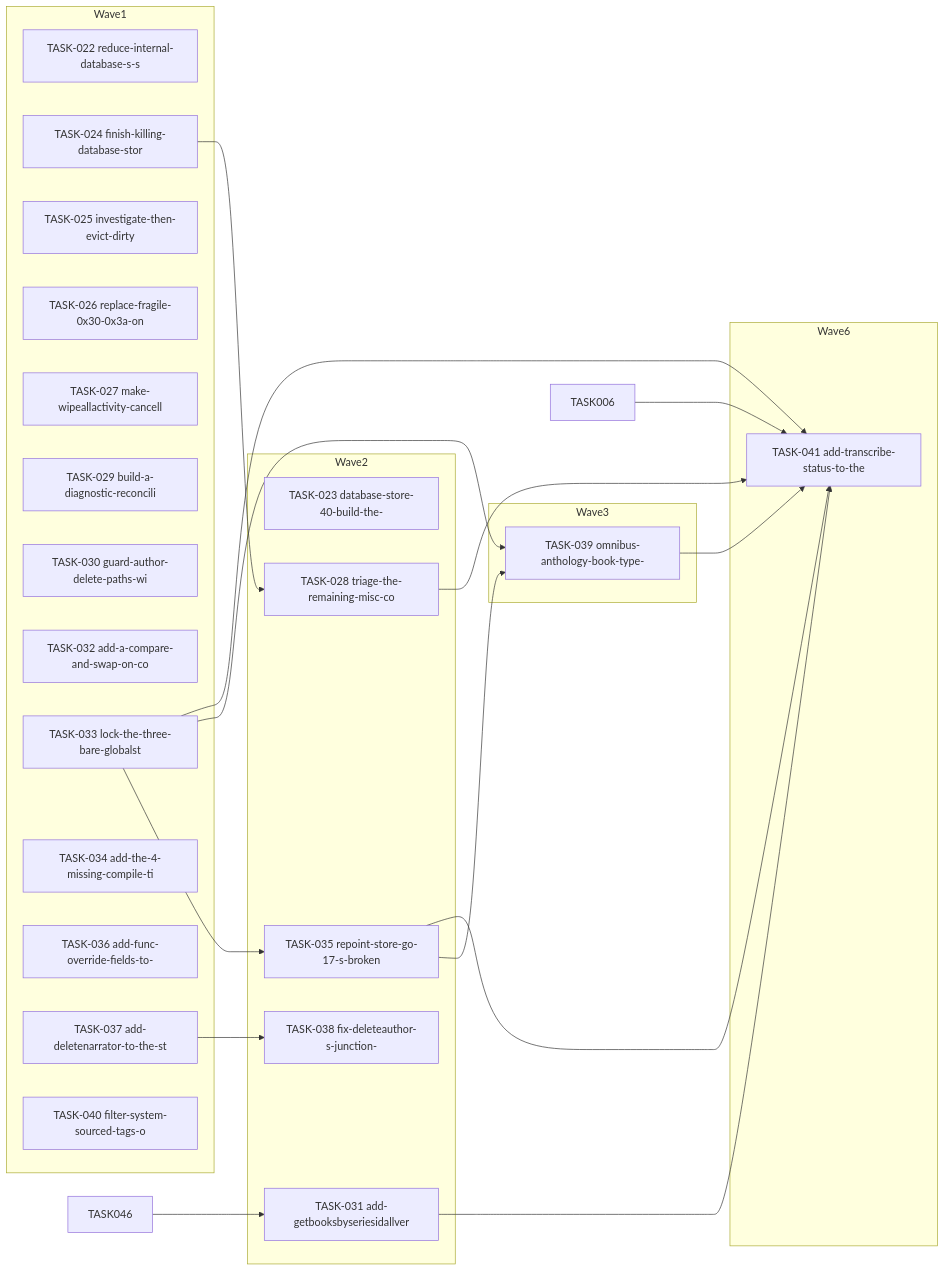
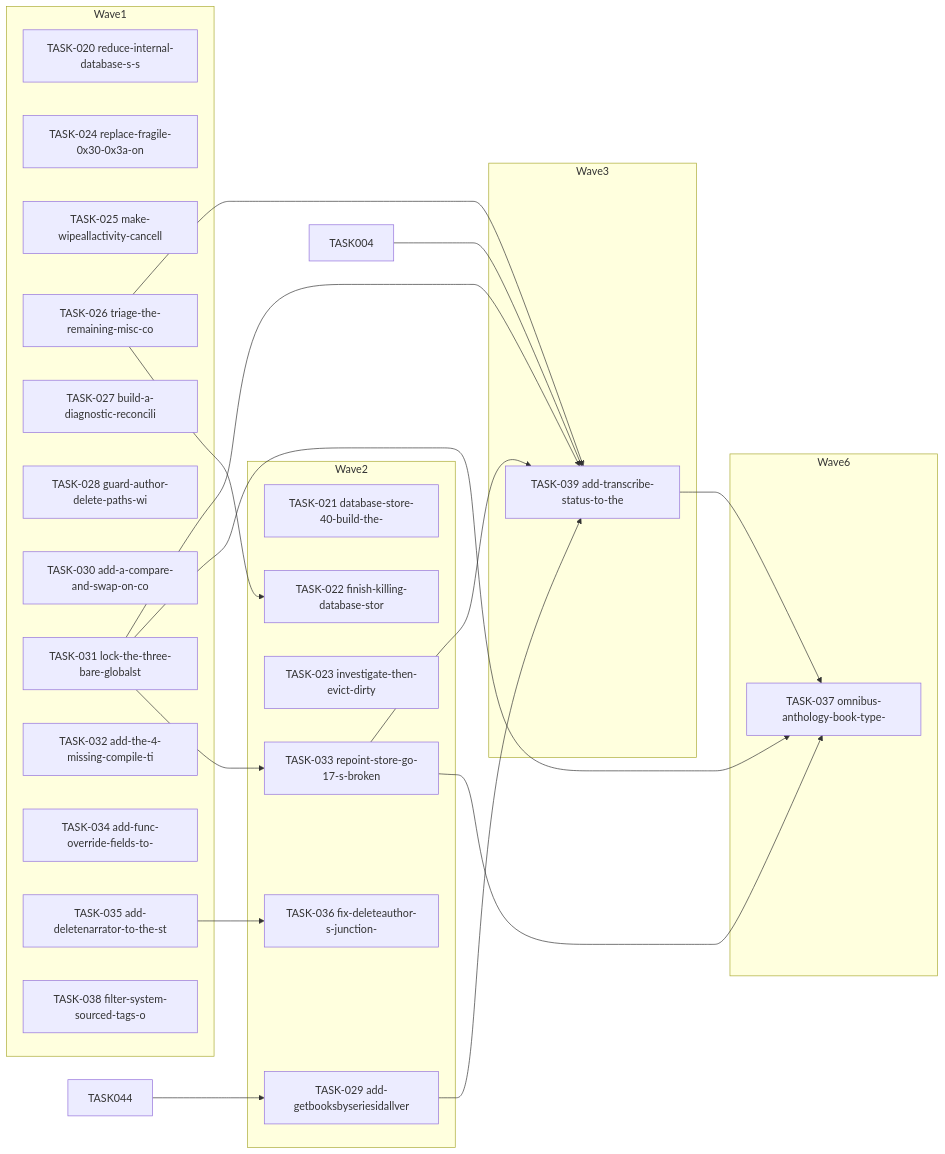
The diagram in docs/agent-tasks/todo-completion/database/orchestration.md (falkcorp/audiobook-organizer), drawn with Mermaid before and after one commit. The commit also changed other lines of this file and 428 other files, not shown here.

````diff
--- a/docs/agent-tasks/todo-completion/database/orchestration.md
+++ b/docs/agent-tasks/todo-completion/database/orchestration.md
@@ -12,43 +12,43 @@
 ```mermaid
 flowchart LR
     subgraph Wave1
-      TASK022[TASK-022 reduce-internal-database-s-s]
-      TASK024[TASK-024 finish-killing-database-stor]
-      TASK025[TASK-025 investigate-then-evict-dirty]
-      TASK026[TASK-026 replace-fragile-0x30-0x3a-on]
-      TASK027[TASK-027 make-wipeallactivity-cancell]
-      TASK029[TASK-029 build-a-diagnostic-reconcili]
-      TASK030[TASK-030 guard-author-delete-paths-wi]
-      TASK032[TASK-032 add-a-compare-and-swap-on-co]
-      TASK033[TASK-033 lock-the-three-bare-globalst]
-      TASK034[TASK-034 add-the-4-missing-compile-ti]
-      TASK036[TASK-036 add-func-override-fields-to-]
-      TASK037[TASK-037 add-deletenarrator-to-the-st]
-      TASK040[TASK-040 filter-system-sourced-tags-o]
+      TASK020[TASK-020 reduce-internal-database-s-s]
+      TASK024[TASK-024 replace-fragile-0x30-0x3a-on]
+      TASK025[TASK-025 make-wipeallactivity-cancell]
+      TASK026[TASK-026 triage-the-remaining-misc-co]
+      TASK027[TASK-027 build-a-diagnostic-reconcili]
+      TASK028[TASK-028 guard-author-delete-paths-wi]
+      TASK030[TASK-030 add-a-compare-and-swap-on-co]
+      TASK031[TASK-031 lock-the-three-bare-globalst]
+      TASK032[TASK-032 add-the-4-missing-compile-ti]
+      TASK034[TASK-034 add-func-override-fields-to-]
+      TASK035[TASK-035 add-deletenarrator-to-the-st]
+      TASK038[TASK-038 filter-system-sourced-tags-o]
     end
     subgraph Wave2
-      TASK023[TASK-023 database-store-40-build-the-]
-      TASK028[TASK-028 triage-the-remaining-misc-co]
-      TASK031[TASK-031 add-getbooksbyseriesidallver]
-      TASK035[TASK-035 repoint-store-go-17-s-broken]
-      TASK038[TASK-038 fix-deleteauthor-s-junction-]
+      TASK021[TASK-021 database-store-40-build-the-]
+      TASK022[TASK-022 finish-killing-database-stor]
+      TASK023[TASK-023 investigate-then-evict-dirty]
+      TASK029[TASK-029 add-getbooksbyseriesidallver]
+      TASK033[TASK-033 repoint-store-go-17-s-broken]
+      TASK036[TASK-036 fix-deleteauthor-s-junction-]
     end
     subgraph Wave3
-      TASK039[TASK-039 omnibus-anthology-book-type-]
+      TASK039[TASK-039 add-transcribe-status-to-the]
     end
     subgraph Wave6
-      TASK041[TASK-041 add-transcribe-status-to-the]
+      TASK037[TASK-037 omnibus-anthology-book-type-]
     end
-    TASK006 --> TASK041
-    TASK024 --> TASK028
-    TASK028 --> TASK041
-    TASK031 --> TASK041
-    TASK033 --> TASK035
+    TASK004 --> TASK039
+    TASK026 --> TASK022
+    TASK026 --> TASK039
+    TASK029 --> TASK039
+    TASK031 --> TASK033
+    TASK031 --> TASK037
+    TASK031 --> TASK039
+    TASK033 --> TASK037
     TASK033 --> TASK039
-    TASK033 --> TASK041
-    TASK035 --> TASK039
-    TASK035 --> TASK041
-    TASK037 --> TASK038
-    TASK039 --> TASK041
-    TASK046 --> TASK031
+    TASK035 --> TASK036
+    TASK039 --> TASK037
+    TASK044 --> TASK029
 ```
````
